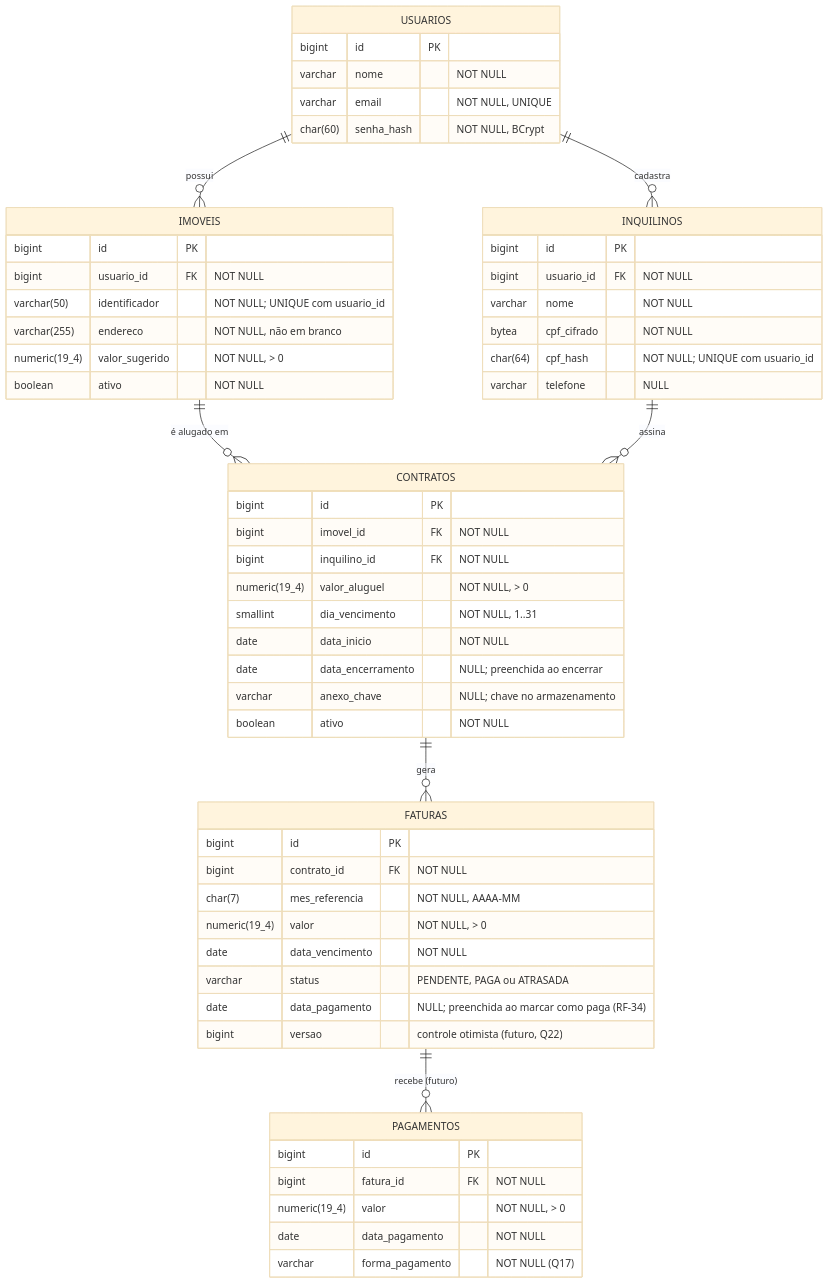
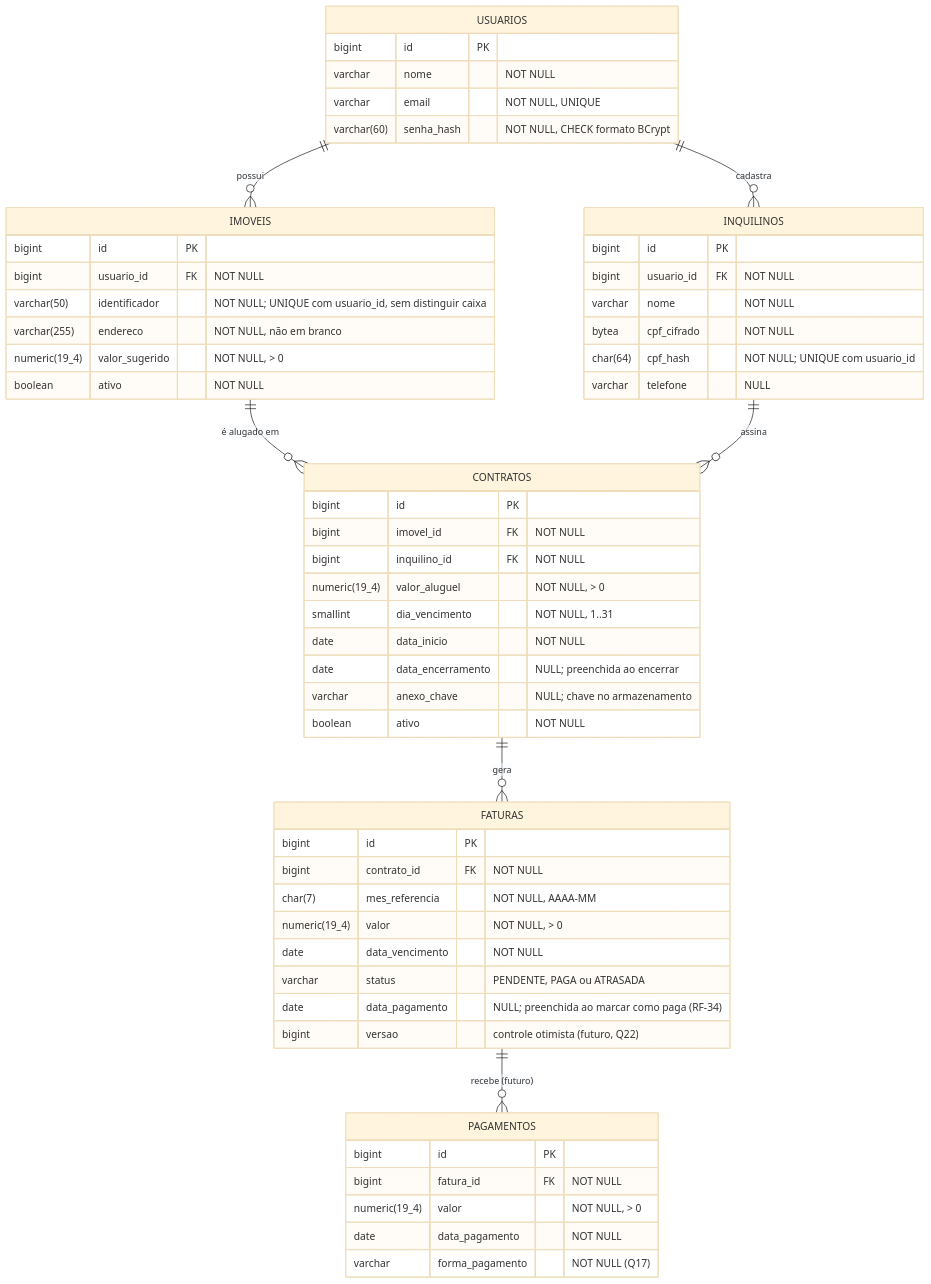
The diagram in docs/requisitos-e-der.md (mardenrafael/habitattio), drawn with Mermaid (base theme) before and after one commit. The commit also changed other lines of this file and 3 other files, not shown here.

````diff
--- a/docs/requisitos-e-der.md
+++ b/docs/requisitos-e-der.md
@@ -126,60 +128,60 @@
 ```mermaid
 erDiagram
     USUARIOS ||--o{ IMOVEIS : "possui"
     USUARIOS ||--o{ INQUILINOS : "cadastra"
     IMOVEIS ||--o{ CONTRATOS : "é alugado em"
     INQUILINOS ||--o{ CONTRATOS : "assina"
     CONTRATOS ||--o{ FATURAS : "gera"
     FATURAS ||--o{ PAGAMENTOS : "recebe (futuro)"
 
     USUARIOS {
         bigint id PK
         varchar nome "NOT NULL"
         varchar email "NOT NULL, UNIQUE"
-        char(60) senha_hash "NOT NULL, BCrypt"
+        varchar(60) senha_hash "NOT NULL, CHECK formato BCrypt"
     }
     IMOVEIS {
         bigint id PK
         bigint usuario_id FK "NOT NULL"
-        varchar(50) identificador "NOT NULL; UNIQUE com usuario_id"
+        varchar(50) identificador "NOT NULL; UNIQUE com usuario_id, sem distinguir caixa"
         varchar(255) endereco "NOT NULL, não em branco"
         numeric(19_4) valor_sugerido "NOT NULL, > 0"
         boolean ativo "NOT NULL"
     }
     INQUILINOS {
         bigint id PK
         bigint usuario_id FK "NOT NULL"
         varchar nome "NOT NULL"
         bytea cpf_cifrado "NOT NULL"
         char(64) cpf_hash "NOT NULL; UNIQUE com usuario_id"
         varchar telefone "NULL"
     }
     CONTRATOS {
         bigint id PK
         bigint imovel_id FK "NOT NULL"
         bigint inquilino_id FK "NOT NULL"
         numeric(19_4) valor_aluguel "NOT NULL, > 0"
         smallint dia_vencimento "NOT NULL, 1..31"
         date data_inicio "NOT NULL"
         date data_encerramento "NULL; preenchida ao encerrar"
         varchar anexo_chave "NULL; chave no armazenamento"
         boolean ativo "NOT NULL"
     }
     FATURAS {
         bigint id PK
         bigint contrato_id FK "NOT NULL"
         char(7) mes_referencia "NOT NULL, AAAA-MM"
         numeric(19_4) valor "NOT NULL, > 0"
         date data_vencimento "NOT NULL"
         varchar status "PENDENTE, PAGA ou ATRASADA"
         date data_pagamento "NULL; preenchida ao marcar como paga (RF-34)"
         bigint versao "controle otimista (futuro, Q22)"
     }
     PAGAMENTOS {
         bigint id PK
         bigint fatura_id FK "NOT NULL"
         numeric(19_4) valor "NOT NULL, > 0"
         date data_pagamento "NOT NULL"
         varchar forma_pagamento "NOT NULL (Q17)"
     }
 ```
````
